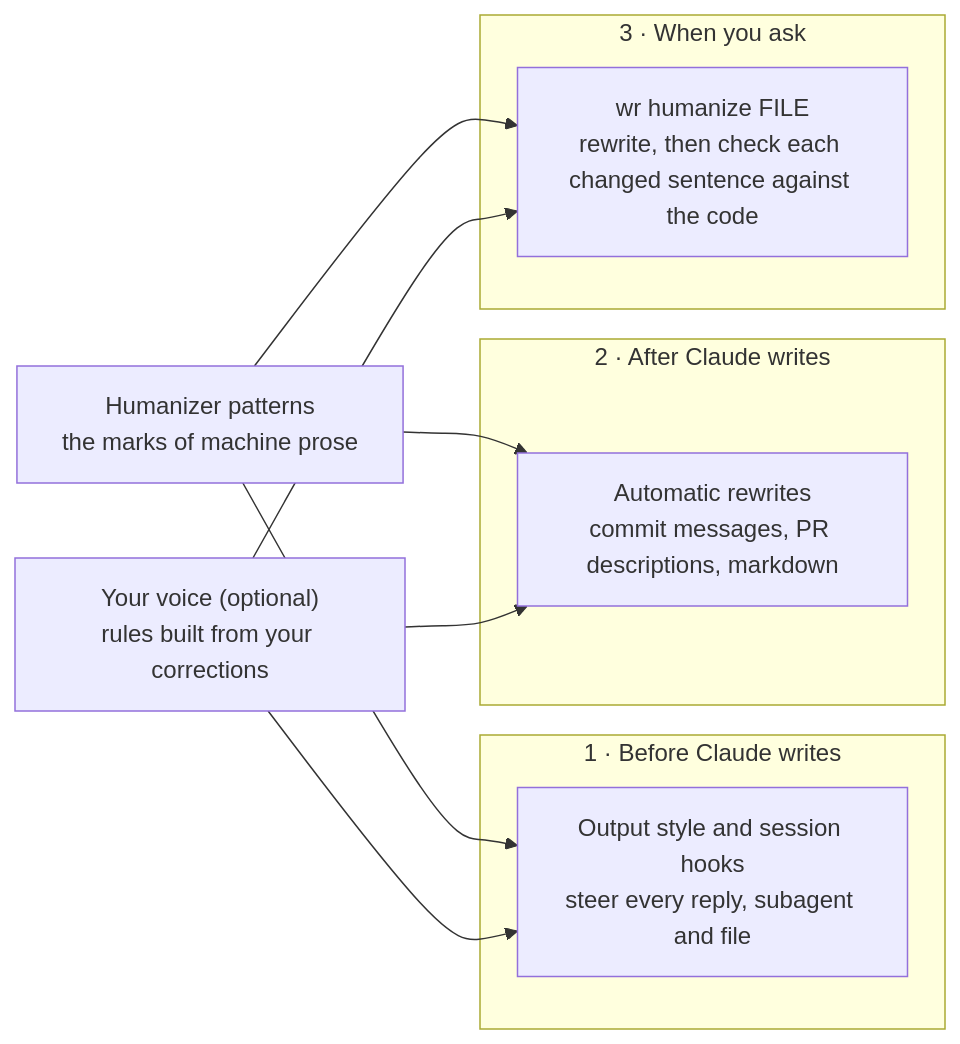
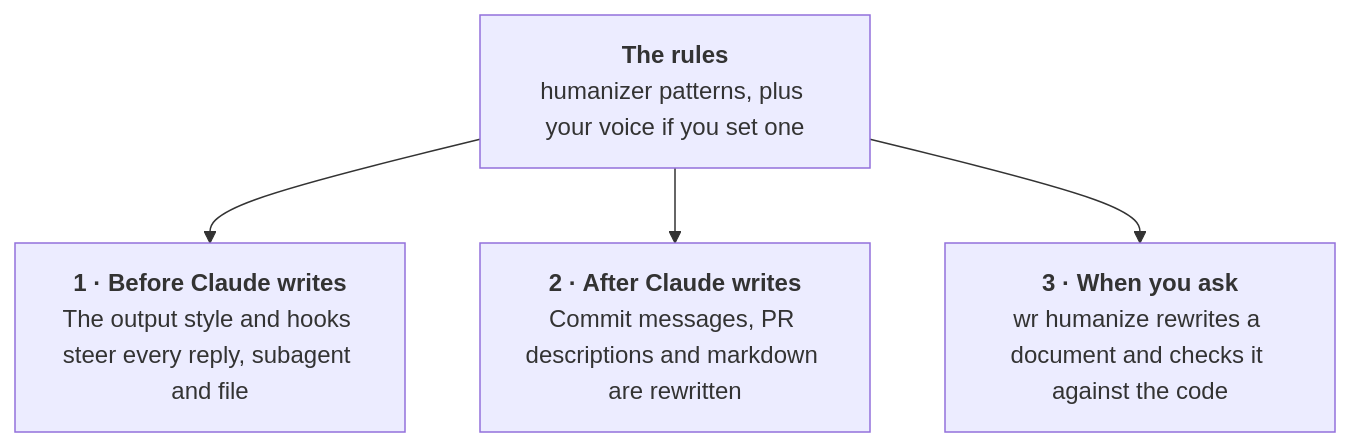
One commit to pablogiaccaglia/writing-register changed the diagram in README.md. Above: the diagram before and after it, drawn with Mermaid. The commit also changed other lines of this file, not shown here.

First line of the commit message:
Redraw the README diagram as one source feeding three layers in order

````diff
--- a/README.md
+++ b/README.md
@@ -33,16 +33,7 @@
 ```mermaid
-flowchart LR
-    P["Humanizer patterns<br/>the marks of machine prose"]
-    V["Your voice (optional)<br/>rules built from your corrections"]
-    subgraph B["1 · Before Claude writes"]
-        S["Output style and session hooks<br/>steer every reply, subagent and file"]
-    end
-    subgraph A["2 · After Claude writes"]
-        R["Automatic rewrites<br/>commit messages, PR descriptions, markdown"]
-    end
-    subgraph D["3 · When you ask"]
-        H["wr humanize FILE<br/>rewrite, then check each changed sentence against the code"]
-    end
-    P --> S & R & H
-    V --> S & R & H
+flowchart TB
+    G["<b>The rules</b><br/>humanizer patterns, plus your voice if you set one"]
+    G --> S["<b>1 · Before Claude writes</b><br/>The output style and hooks steer every reply, subagent and file"]
+    G --> R["<b>2 · After Claude writes</b><br/>Commit messages, PR descriptions and markdown are rewritten"]
+    G --> H["<b>3 · When you ask</b><br/>wr humanize rewrites a document and checks it against the code"]
 ```
````
